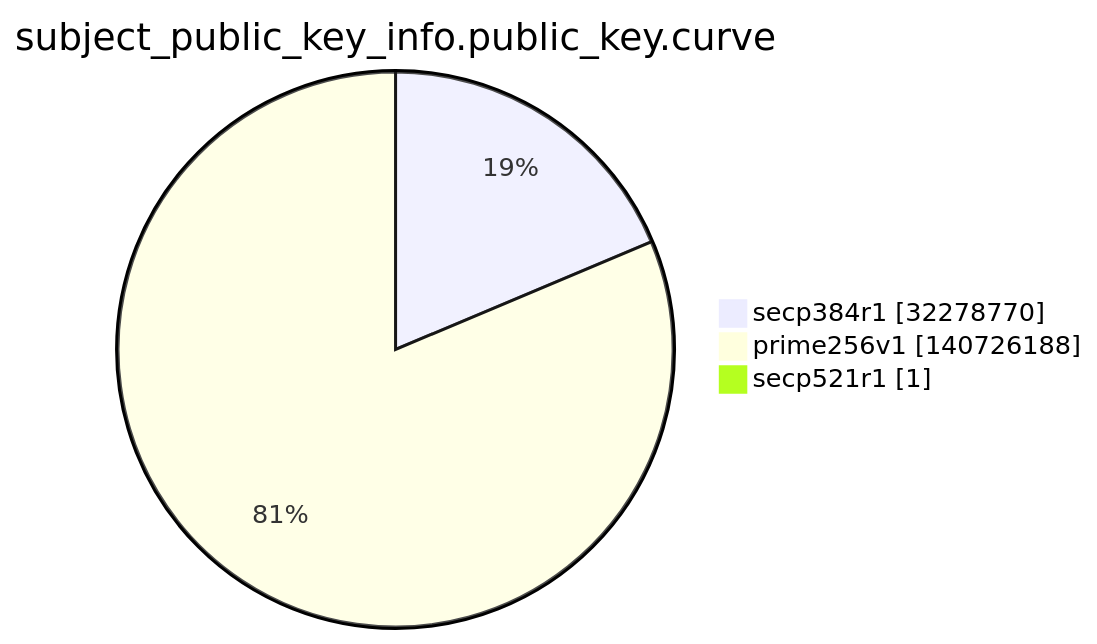
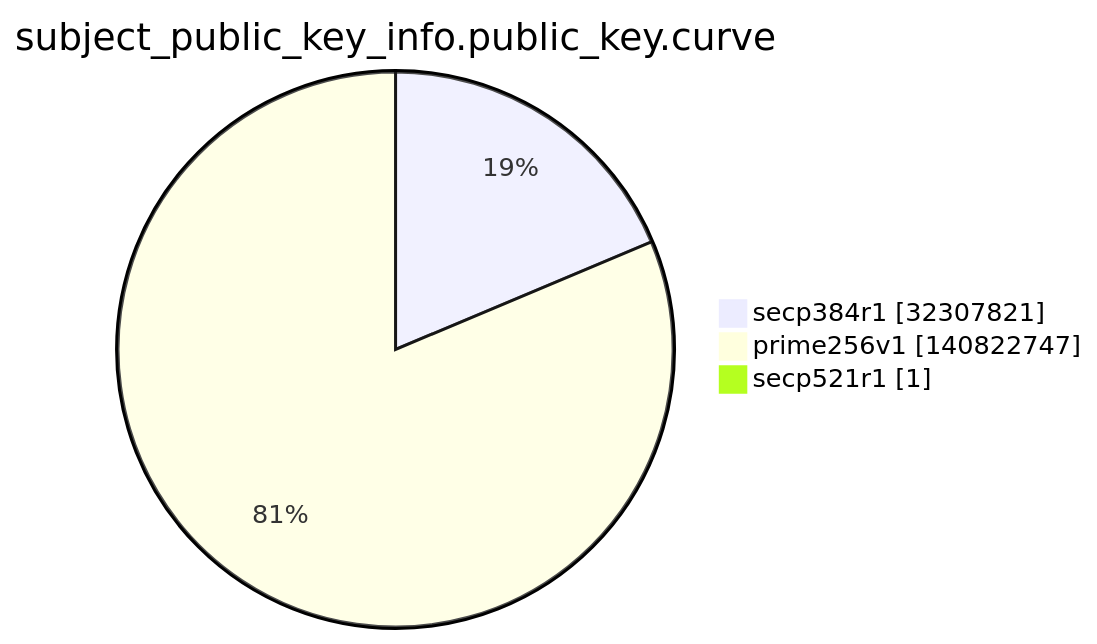
The ninth of 15 diagrams in argon2022/README.md (christiankrug/ctmonitor_visualization), drawn with Mermaid before and after one commit. The commit also changed other lines of this file, not shown here.

````diff
--- a/argon2022/README.md
+++ b/argon2022/README.md
@@ -2762,7 +2762,7 @@
 ```mermaid
 pie showData
 title subject_public_key_info.public_key.curve
-"secp384r1" :32278770
-"prime256v1" :140726188
+"secp384r1" :32307821
+"prime256v1" :140822747
 "secp521r1" :1
 ```
````
